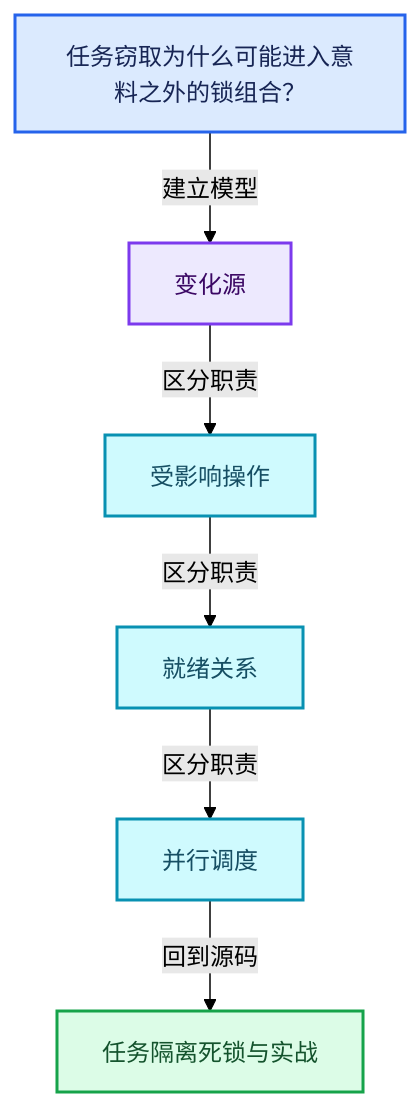
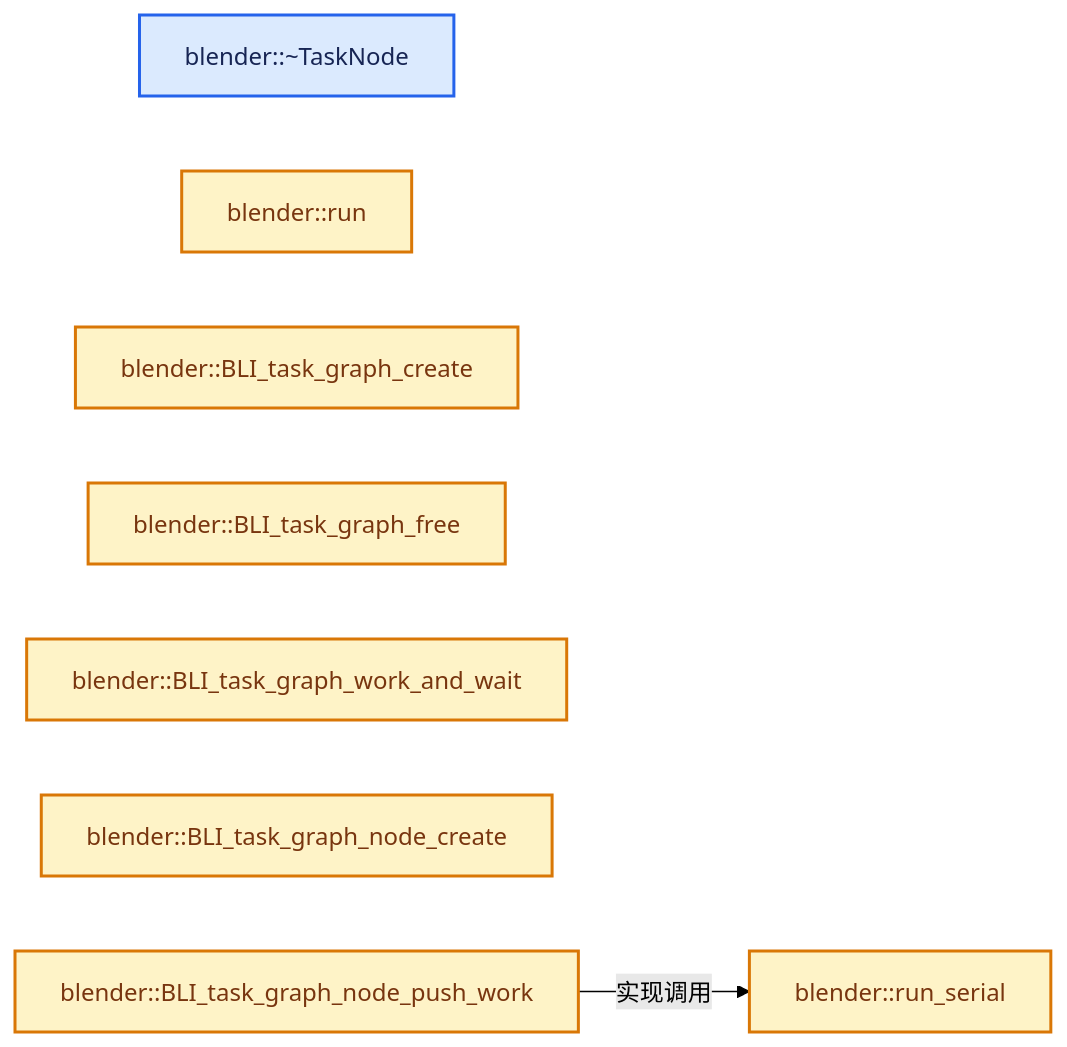
Before and after one commit to yunkezengren/blender-.vscode: the second of 4 diagrams in 杂/markdown/全面学习-codex/11-Depsgraph与并行任务系统/08-任务隔离死锁与实战.md, drawn with Mermaid (forest theme). The commit also changed other lines of this file and 1930 other files, not shown here.

````diff
--- a/杂/markdown/全面学习-codex/11-Depsgraph与并行任务系统/08-任务隔离死锁与实战.md
+++ b/杂/markdown/全面学习-codex/11-Depsgraph与并行任务系统/08-任务隔离死锁与实战.md
@@ -59,20 +46,18 @@
 ```mermaid
-flowchart TB
-  Q["任务窃取为什么可能进入意料之外的锁组合？"]:::input
-  C0["变化源"]:::abstraction
-  C1["受影响操作"]:::data
-  C2["就绪关系"]:::data
-  C3["并行调度"]:::data
-  R["任务隔离死锁与实战"]:::result
-  Q -->|"建立模型"| C0
-  C0 -->|"区分职责"| C1
-  C1 -->|"区分职责"| C2
-  C2 -->|"区分职责"| C3
-  C3 -->|"回到源码"| R
+flowchart LR
+  F0["blender::~TaskNode"]:::input
+  F1["blender::run"]:::compute
+  F2["blender::run_serial"]:::compute
+  F3["blender::BLI_task_graph_create"]:::compute
+  F4["blender::BLI_task_graph_free"]:::compute
+  F5["blender::BLI_task_graph_work_and_wait"]:::compute
+  F6["blender::BLI_task_graph_node_create"]:::compute
+  F7["blender::BLI_task_graph_node_push_work"]:::compute
+  F7 -->|"实现调用"| F2
   classDef input fill:#DBEAFE,stroke:#2563EB,color:#172554,stroke-width:2px;
   classDef data fill:#CFFAFE,stroke:#0891B2,color:#164E63,stroke-width:2px;
   classDef abstraction fill:#EDE9FE,stroke:#7C3AED,color:#3B0764,stroke-width:2px;
   classDef compute fill:#FEF3C7,stroke:#D97706,color:#78350F,stroke-width:2px;
   classDef result fill:#DCFCE7,stroke:#16A34A,color:#14532D,stroke-width:2px;
   classDef error fill:#FEE2E2,stroke:#DC2626,color:#7F1D1D,stroke-width:2px;
 ```
````
